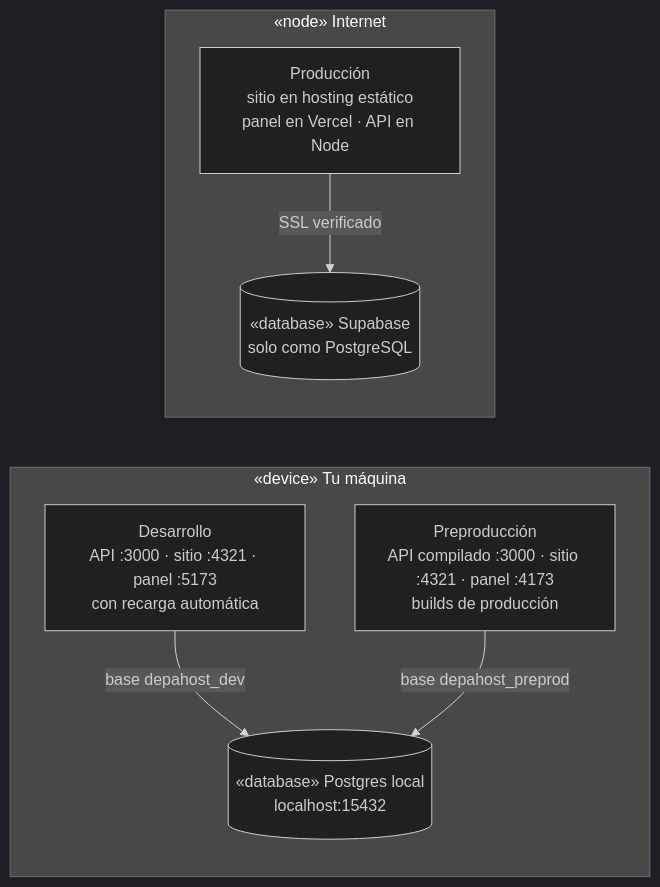
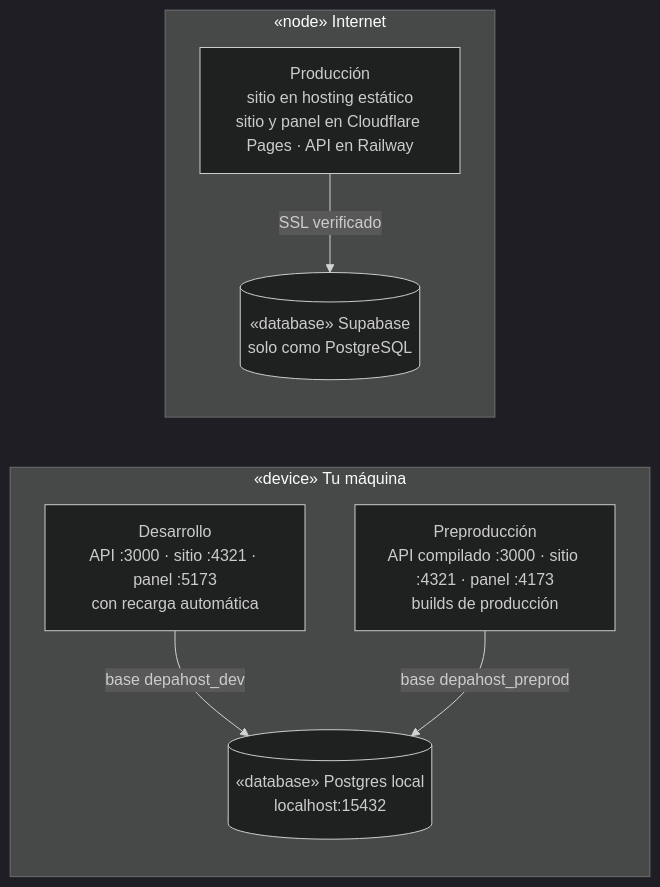
The first of 6 diagrams in docs/plataforma/06-desarrollo-y-operacion.md (samirharrytl/DHC_landing), drawn with Mermaid (dark theme) before and after one commit. The commit also changed other lines of this file and 4 other files, not shown here.

First line of the commit message:
Configura Cloudflare Pages para el sitio y el panel, y Railway para el API

````diff
--- a/docs/plataforma/06-desarrollo-y-operacion.md
+++ b/docs/plataforma/06-desarrollo-y-operacion.md
@@ -32,15 +32,15 @@
 ```mermaid
 flowchart LR
     subgraph Local["«device» Tu máquina"]
         PG[("«database» Postgres local<br/>localhost:15432")]
         DEV["Desarrollo<br/>API :3000 · sitio :4321 · panel :5173<br/>con recarga automática"]
         PRE["Preproducción<br/>API compilado :3000 · sitio :4321 · panel :4173<br/>builds de producción"]
         DEV -- "base depahost_dev" --> PG
         PRE -- "base depahost_preprod" --> PG
     end
     subgraph Nube["«node» Internet"]
-        PROD["Producción<br/>sitio en hosting estático<br/>panel en Vercel · API en Node"]
+        PROD["Producción<br/>sitio en hosting estático<br/>sitio y panel en Cloudflare Pages · API en Railway"]
         SB[("«database» Supabase<br/>solo como PostgreSQL")]
         PROD -- "SSL verificado" --> SB
     end
 ```
````
